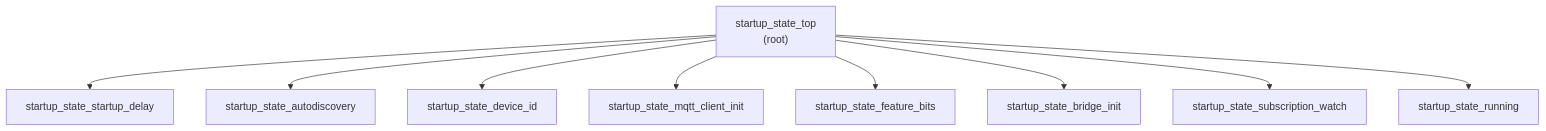
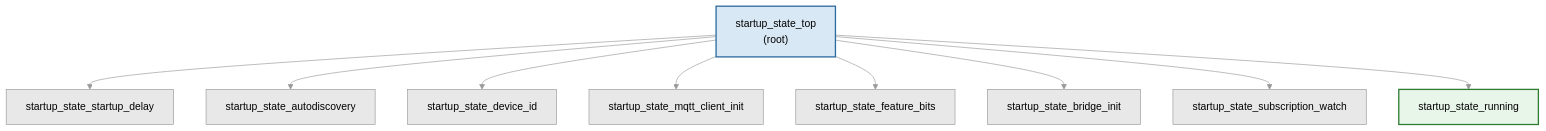
The second of 2 diagrams in docs/architecture/startup-sequence.md (eddietheengineer/home-assistant-bridge-esphome), drawn with Mermaid before and after one commit. The commit also changed other lines of this file and 9 other files, not shown here.

````diff
--- a/docs/architecture/startup-sequence.md
+++ b/docs/architecture/startup-sequence.md
@@ -184,21 +186,30 @@
 ```mermaid
+%%{init: {"theme":"neutral","themeVariables":{"primaryColor":"#4a90d9","primaryBorderColor":"#2c6a9e","primaryTextColor":"#1a1a1a","secondaryColor":"#d9e8f5","tertiaryColor":"#f0f0f0","lineColor":"#999999","clusterBkg":"#f5f5f5","clusterBorder":"#aaaaaa","fontFamily":"monospace","nodeBorder":"#888888"}}}%%
 graph TB
     TOP["startup_state_top<br/>(root)"]
     SD["startup_state_startup_delay"]
     AD["startup_state_autodiscovery"]
     DI["startup_state_device_id"]
     MC["startup_state_mqtt_client_init"]
     FB["startup_state_feature_bits"]
     BI["startup_state_bridge_init"]
     SW["startup_state_subscription_watch"]
     RN["startup_state_running"]
 
+    classDef root fill:#d9e8f5,stroke:#2c6a9e,stroke-width:2px
+    classDef state fill:#e8e8e8,stroke:#999999
+    classDef terminal fill:#e8f5e9,stroke:#2e7d32,stroke-width:2px
+
+    class TOP root
+    class SD,AD,DI,MC,FB,BI,SW state
+    class RN terminal
+
     TOP --> SD
     TOP --> AD
     TOP --> DI
     TOP --> MC
     TOP --> FB
     TOP --> BI
     TOP --> SW
     TOP --> RN
 ```
````
